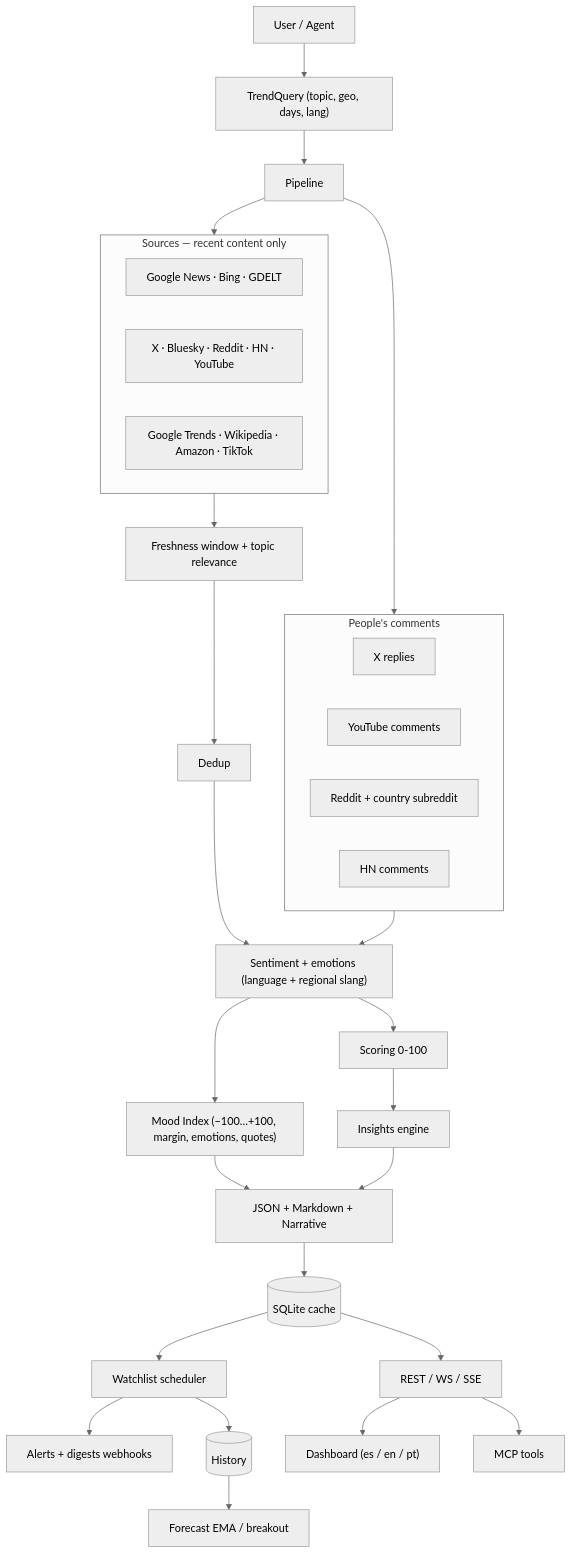
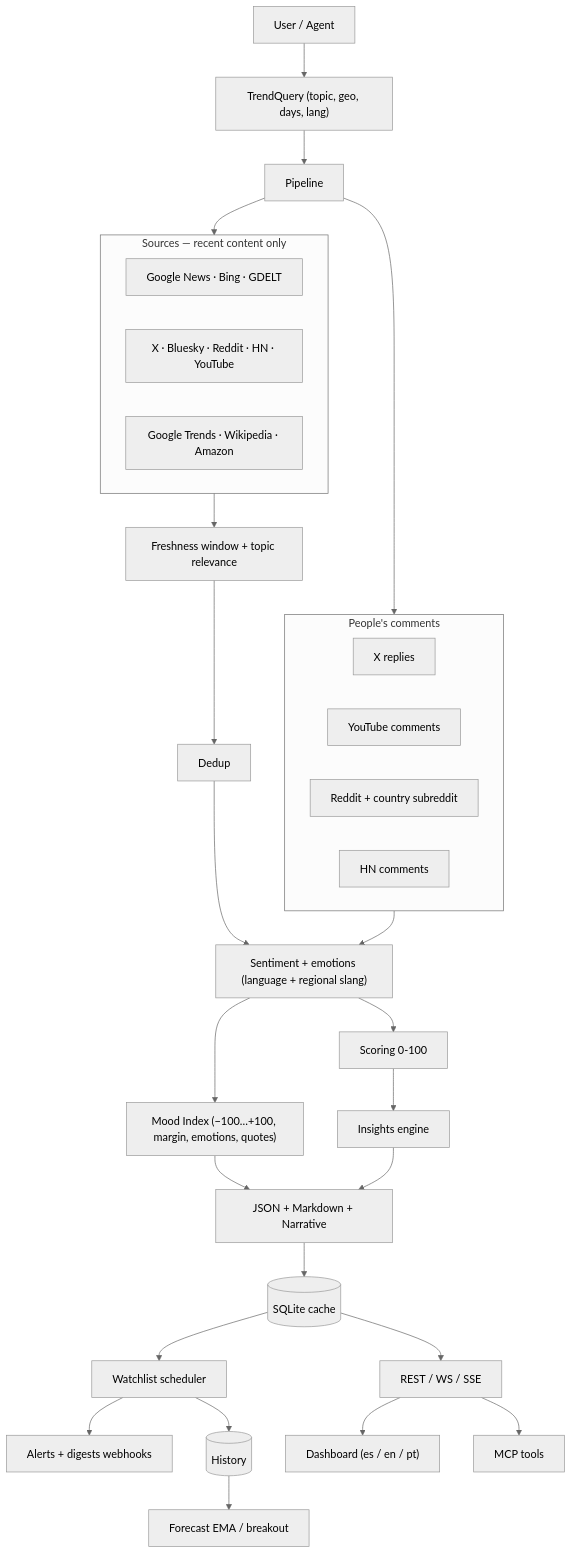
The diagram in README.md (mamboyepez17/trendscope), drawn with Mermaid (neutral theme) before and after one commit. The commit also changed other lines of this file and 12 other files, not shown here.

First line of the commit message:
chore: quitar TikTok por ahora (se retomará con tiktok-actions)

````diff
--- a/README.md
+++ b/README.md
@@ -500,35 +499,35 @@
 ```mermaid
 flowchart TD
   U[User / Agent] --> Q["TrendQuery (topic, geo, days, lang)"]
   Q --> P[Pipeline]
   subgraph sources [Sources — recent content only]
     N[Google News · Bing · GDELT]
     S[X · Bluesky · Reddit · HN · YouTube]
-    O[Google Trends · Wikipedia · Amazon · TikTok]
+    O[Google Trends · Wikipedia · Amazon]
   end
   subgraph comments [People's comments]
     XR[X replies]
     YC[YouTube comments]
     RC[Reddit + country subreddit]
     HC[HN comments]
   end
   P --> sources
   P --> comments
   sources --> F[Freshness window + topic relevance]
   F --> D[Dedup]
   D --> SE["Sentiment + emotions (language + regional slang)"]
   comments --> SE
   SE --> SC[Scoring 0-100]
   SE --> MI["Mood Index (−100…+100, margin, emotions, quotes)"]
   SC --> I[Insights engine]
   MI --> OUT[JSON + Markdown + Narrative]
   I --> OUT
   OUT --> CACHE[(SQLite cache)]
   CACHE --> API[REST / WS / SSE]
   CACHE --> W[Watchlist scheduler]
   W --> AL[Alerts + digests webhooks]
   W --> HIST[(History)]
   HIST --> FC[Forecast EMA / breakout]
   API --> DASH["Dashboard (es / en / pt)"]
   API --> MCP[MCP tools]
 ```
````
